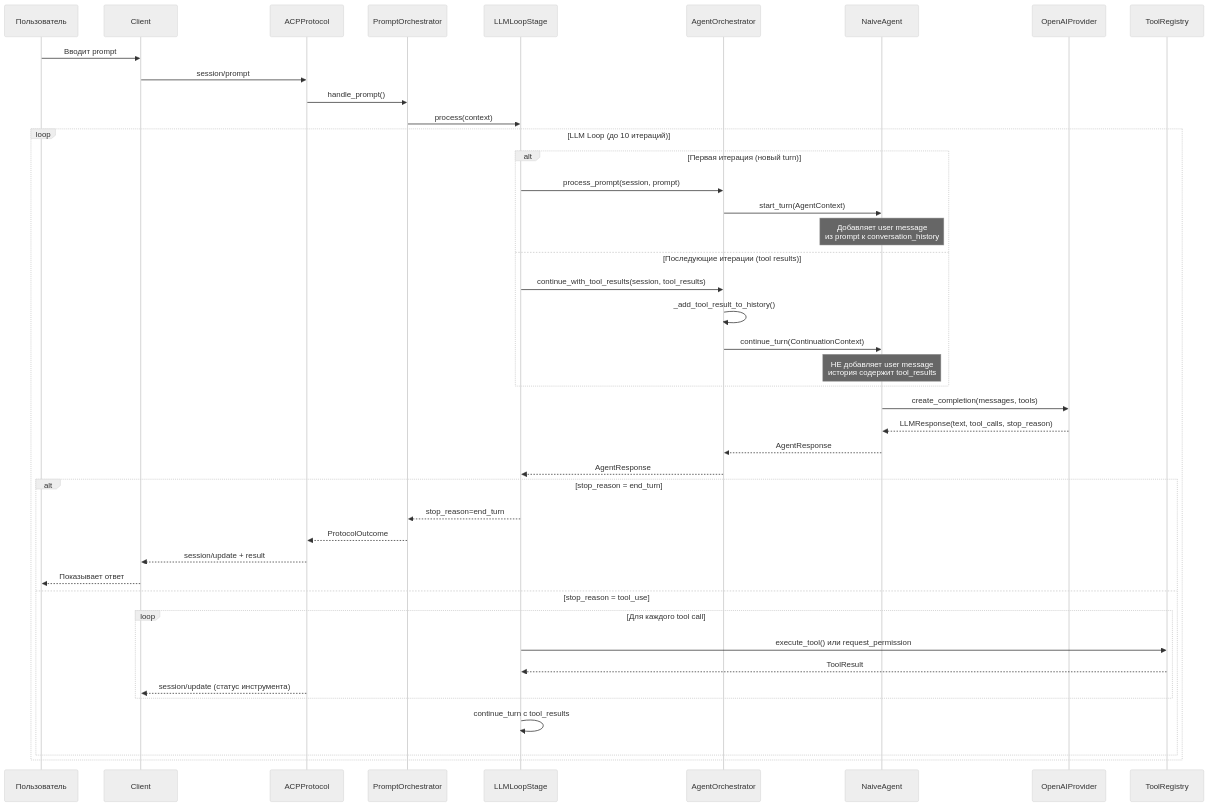
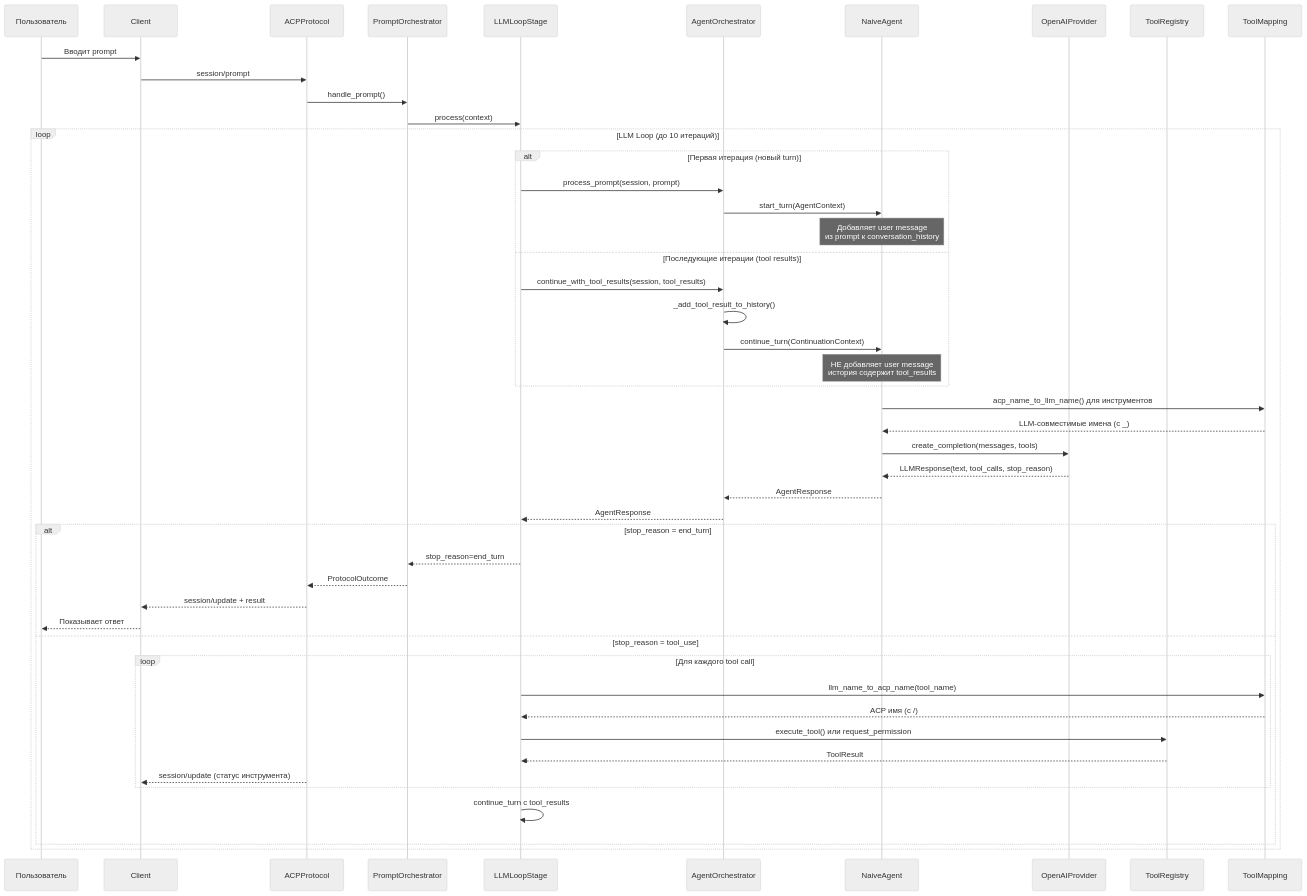
The fifth of 11 diagrams in doc/product/overview/02-architecture.md (pese-git/codelab-ai), drawn with Mermaid (neutral theme) before and after one commit. The commit also changed other lines of this file and 5 other files, not shown here.

First line of the commit message:
docs: обновить документацию и Mermaid-схемы по изменениям из feature/agent

````diff
--- a/doc/product/overview/02-architecture.md
+++ b/doc/product/overview/02-architecture.md
@@ -144,48 +144,53 @@
 ```mermaid
 sequenceDiagram
     participant U as Пользователь
     participant C as Client
     participant S as ACPProtocol
     participant PO as PromptOrchestrator
     participant LL as LLMLoopStage
     participant ORCH as AgentOrchestrator
     participant AG as NaiveAgent
     participant LLM as OpenAIProvider
     participant TR as ToolRegistry
+    participant TM as ToolMapping
 
     U->>C: Вводит prompt
     C->>S: session/prompt
     S->>PO: handle_prompt()
     PO->>LL: process(context)
 
     loop LLM Loop (до 10 итераций)
         alt Первая итерация (новый turn)
             LL->>ORCH: process_prompt(session, prompt)
             ORCH->>AG: start_turn(AgentContext)
             Note over AG: Добавляет user message<br/>из prompt к conversation_history
         else Последующие итерации (tool results)
             LL->>ORCH: continue_with_tool_results(session, tool_results)
             ORCH->>ORCH: _add_tool_result_to_history()
             ORCH->>AG: continue_turn(ContinuationContext)
             Note over AG: НЕ добавляет user message<br/>история содержит tool_results
         end
+        AG->>TM: acp_name_to_llm_name() для инструментов
+        TM-->>AG: LLM-совместимые имена (с _)
         AG->>LLM: create_completion(messages, tools)
         LLM-->>AG: LLMResponse(text, tool_calls, stop_reason)
         AG-->>ORCH: AgentResponse
         ORCH-->>LL: AgentResponse
 
         alt stop_reason = end_turn
             LL-->>PO: stop_reason=end_turn
             PO-->>S: ProtocolOutcome
             S-->>C: session/update + result
             C-->>U: Показывает ответ
         else stop_reason = tool_use
             loop Для каждого tool call
+                LL->>TM: llm_name_to_acp_name(tool_name)
+                TM-->>LL: ACP имя (с /)
                 LL->>TR: execute_tool() или request_permission
                 TR-->>LL: ToolResult
                 S-->>C: session/update (статус инструмента)
             end
             LL->>LL: continue_turn с tool_results
         end
     end
 ```
````
